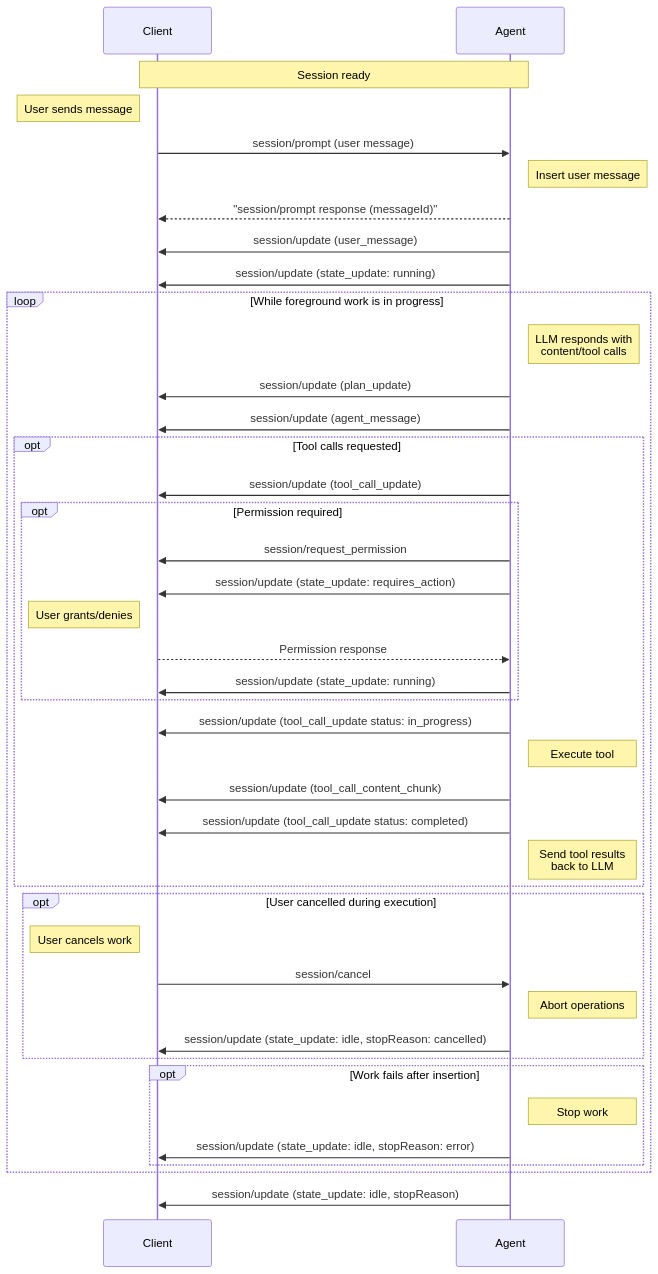
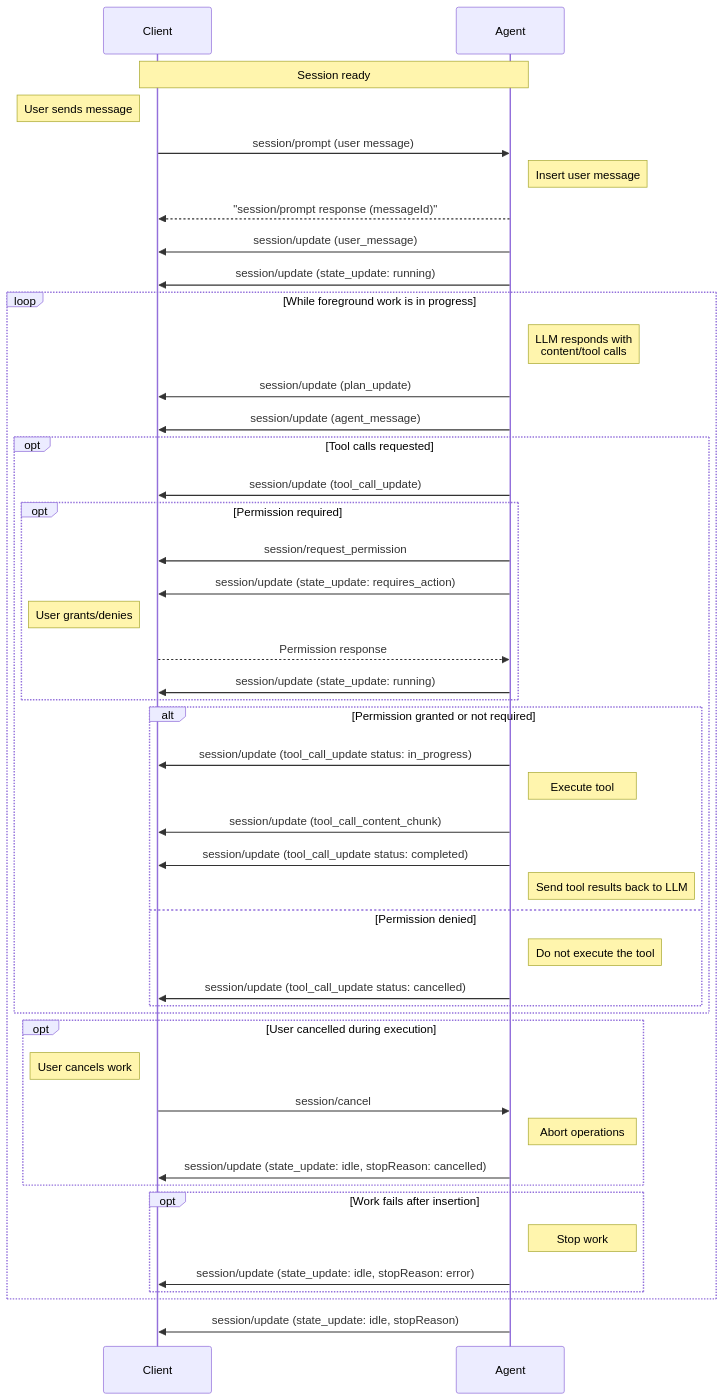
Before and after one commit to agentclientprotocol/agent-client-protocol: the diagram in docs/protocol/v2/draft/prompt-lifecycle.mdx, drawn with Mermaid. The commit also changed 13 other files, not shown here.

````diff
--- a/docs/protocol/v2/draft/prompt-lifecycle.mdx
+++ b/docs/protocol/v2/draft/prompt-lifecycle.mdx
@@ -236,51 +236,56 @@
 ```mermaid
 sequenceDiagram
     participant Client
     participant Agent
 
     Note over Agent,Client: Session ready
 
     Note left of Client: User sends message
     Client->>Agent: session/prompt (user message)
     Note right of Agent: Insert user message
     Agent-->>Client: "session/prompt response (messageId)"
     Agent->>Client: session/update (user_message)
     Agent->>Client: session/update (state_update: running)
 
     loop While foreground work is in progress
         Note right of Agent: LLM responds with<br/>content/tool calls
         Agent->>Client: session/update (plan_update)
         Agent->>Client: session/update (agent_message)
 
         opt Tool calls requested
             Agent->>Client: session/update (tool_call_update)
             opt Permission required
                 Agent->>Client: session/request_permission
                 Agent->>Client: session/update (state_update: requires_action)
                 Note left of Client: User grants/denies
                 Client-->>Agent: Permission response
                 Agent->>Client: session/update (state_update: running)
             end
-            Agent->>Client: session/update (tool_call_update status: in_progress)
-            Note right of Agent: Execute tool
-            Agent->>Client: session/update (tool_call_content_chunk)
-            Agent->>Client: session/update (tool_call_update status: completed)
-            Note right of Agent: Send tool results<br/>back to LLM
+            alt Permission granted or not required
+                Agent->>Client: session/update (tool_call_update status: in_progress)
+                Note right of Agent: Execute tool
+                Agent->>Client: session/update (tool_call_content_chunk)
+                Agent->>Client: session/update (tool_call_update status: completed)
+                Note right of Agent: Send tool results back to LLM
+            else Permission denied
+                Note right of Agent: Do not execute the tool
+                Agent->>Client: session/update (tool_call_update status: cancelled)
+            end
         end
 
       opt User cancelled during execution
           Note left of Client: User cancels work
           Client->>Agent: session/cancel
           Note right of Agent: Abort operations
           Agent->>Client: session/update (state_update: idle, stopReason: cancelled)
       end
 
       opt Work fails after insertion
           Note right of Agent: Stop work
           Agent->>Client: session/update (state_update: idle, stopReason: error)
       end
     end
 
     Agent->>Client: session/update (state_update: idle, stopReason)
 
 ```
````
